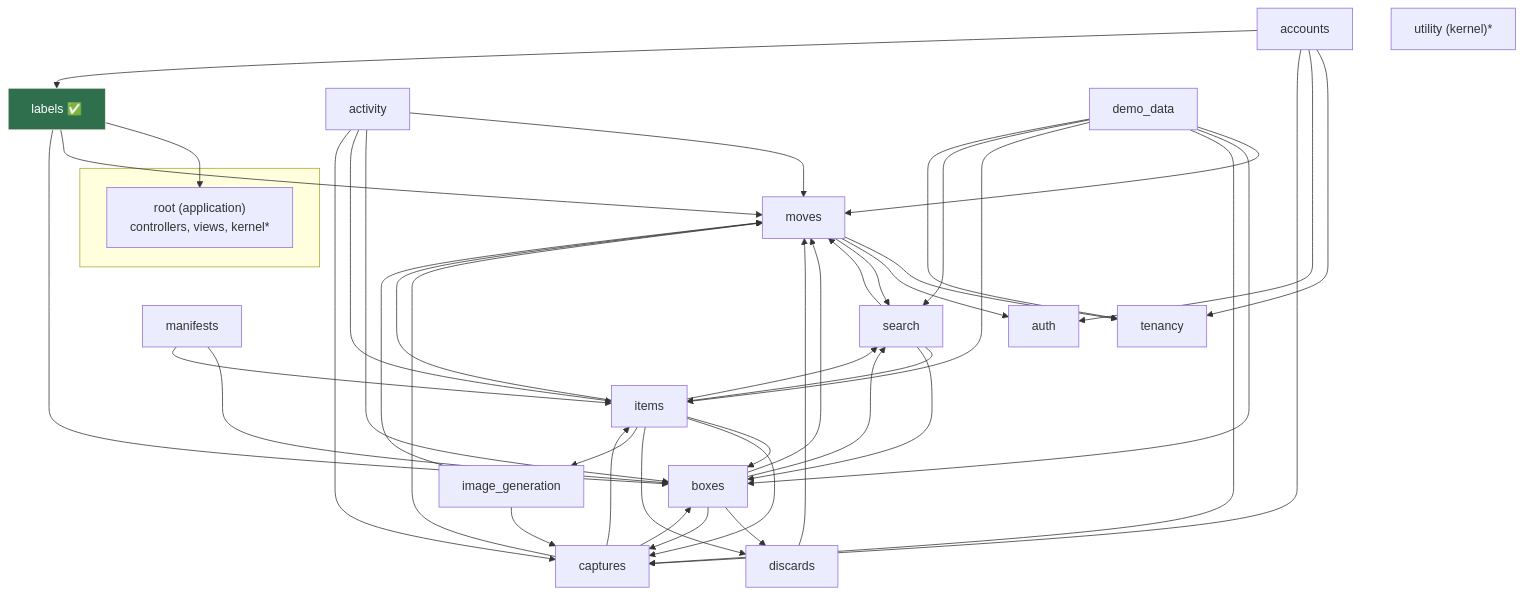
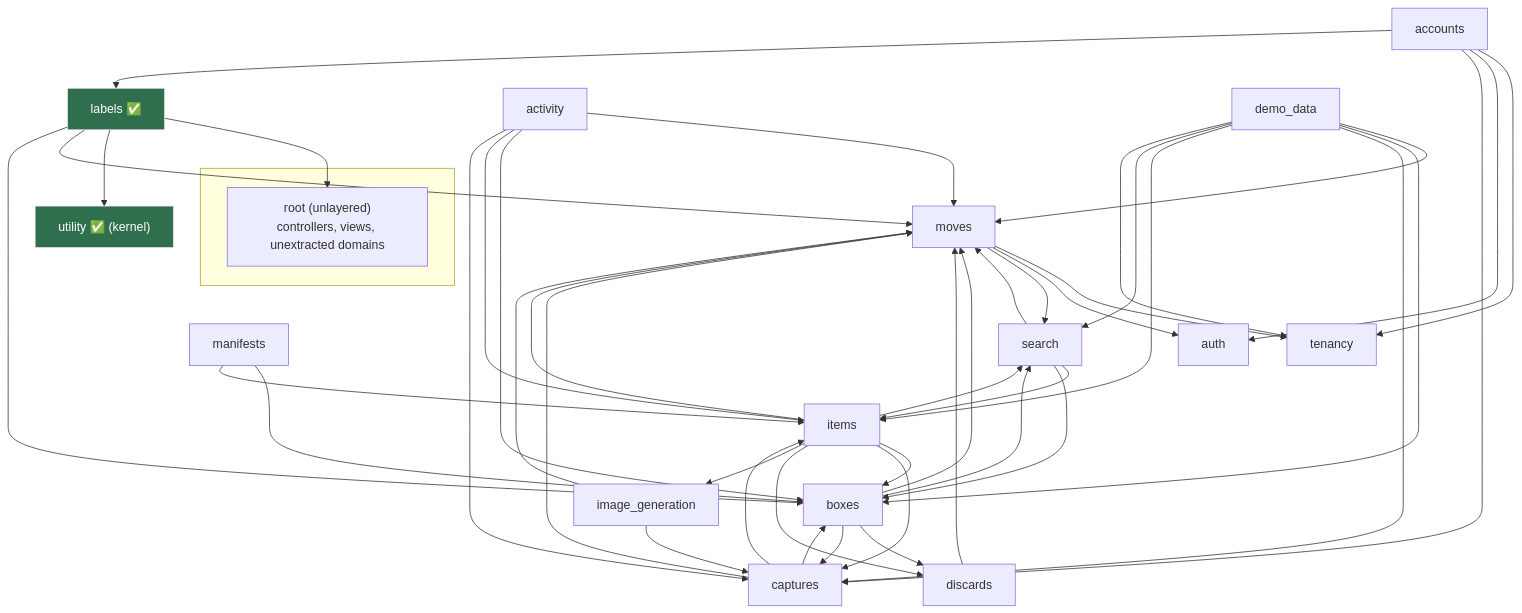
One commit to joel/move changed the diagram in doc/project/packwerk-boundaries.md. Above: the diagram before and after it, drawn with Mermaid. The commit also changed other lines of this file and 2 other files, not shown here.

First line of the commit message:
docs(packwerk): document the extracted utility (kernel) layer

````diff
--- a/doc/project/packwerk-boundaries.md
+++ b/doc/project/packwerk-boundaries.md
@@ -132,39 +145,39 @@
 ```mermaid
 graph TD
     subgraph application [" "]
-      root["root (application)<br/>controllers, views, kernel*"]
+      root["root (unlayered)<br/>controllers, views, unextracted domains"]
     end
 
     labels["labels ✅"]
+    utility["utility ✅ (kernel)"]
     boxes["boxes"]
     items["items"]
     moves["moves"]
     captures["captures"]
     search["search"]
     image_gen["image_generation"]
     activity["activity"]
     manifests["manifests"]
     discards["discards"]
     accounts["accounts"]
     demo["demo_data"]
     tenancy["tenancy"]
     auth["auth"]
-    utility["utility (kernel)*"]
 
-    labels --> root
+    labels --> root & utility
     boxes --> moves & discards & search & captures
     items --> boxes & moves & captures & discards & image_gen & search
     captures --> moves & boxes & items
     search --> moves & items & boxes
     moves --> tenancy & auth & search
     image_gen --> moves & captures
     activity --> moves & boxes & items & captures
     manifests --> boxes & items
     labels --> moves & boxes
     accounts --> tenancy & auth & captures & labels
     demo --> moves & boxes & captures & items & search & tenancy
     discards --> moves
 
     classDef done fill:#2f6f4e,stroke:#ECE7DC,color:#fff;
-    class labels done;
+    class labels,utility done;
 ```
````
